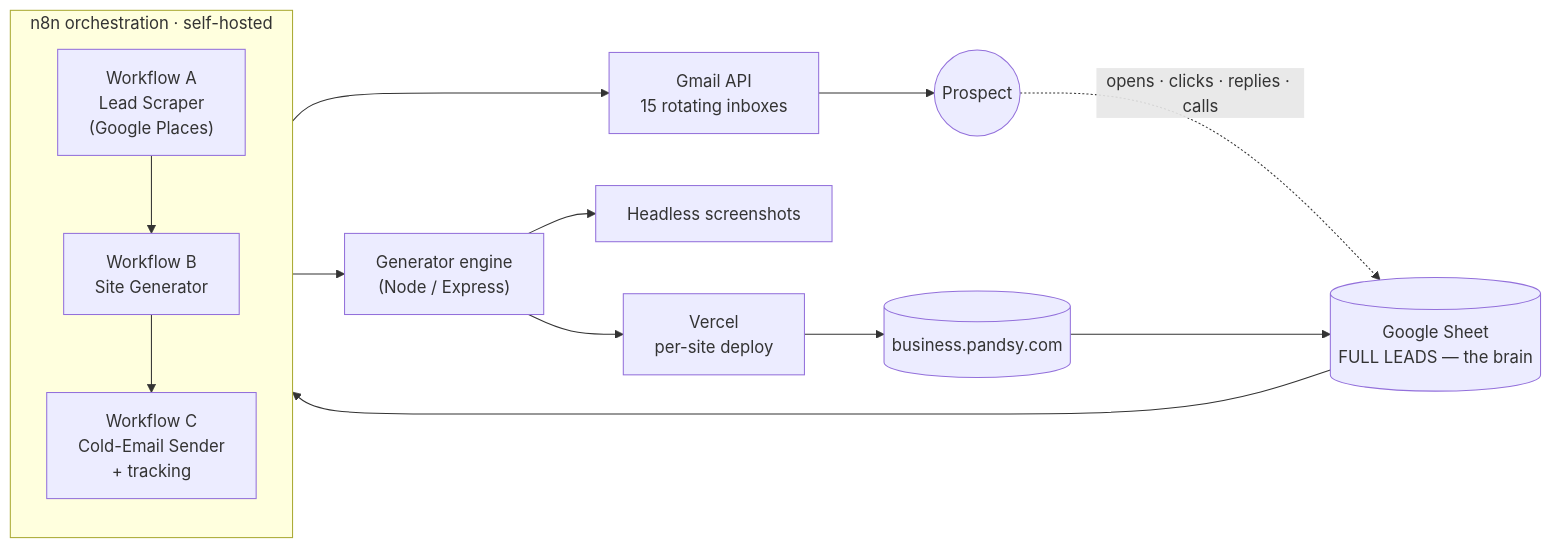
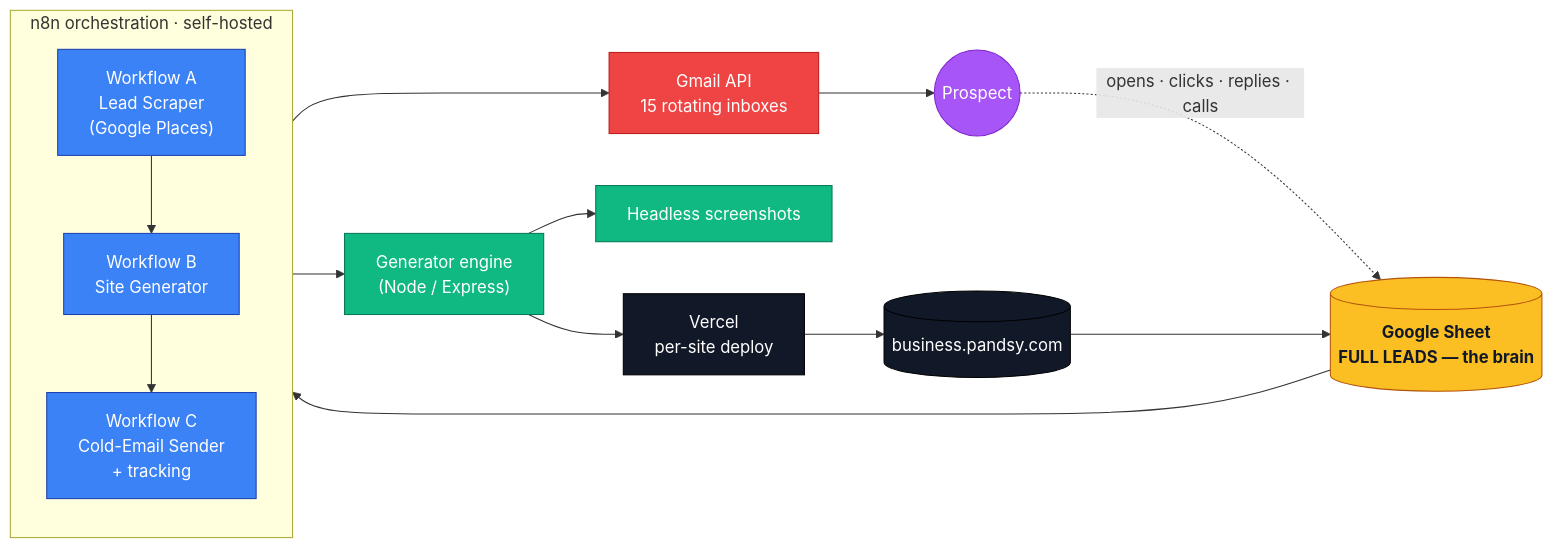
Before and after one commit to LESA3W/Pandsy: the diagram in README.md, drawn with Mermaid. The commit also changed other lines of this file and 6 other files, not shown here.

Commit message:
docs: dark workflow canvases, grid-only sheet captures, Pandsy banner hero, colored flowchart

````diff
--- a/README.md
+++ b/README.md
@@ -28,22 +30,35 @@
 ```mermaid
 flowchart LR
     SHEET[("Google Sheet<br/>FULL LEADS — the brain")]
 
     subgraph n8n [n8n orchestration · self-hosted]
       direction TB
       A["Workflow A<br/>Lead Scraper<br/>(Google Places)"]
       B["Workflow B<br/>Site Generator"]
       C["Workflow C<br/>Cold-Email Sender<br/>+ tracking"]
       A --> B --> C
     end
 
     SHEET --> A
     B --> GEN["Generator engine<br/>(Node / Express)"]
     GEN --> VERCEL["Vercel<br/>per-site deploy"]
     GEN --> SHOT["Headless screenshots"]
     VERCEL --> SITE[("business.pandsy.com")]
     C --> GMAIL["Gmail API<br/>15 rotating inboxes"]
     GMAIL --> PROSPECT(("Prospect"))
     PROSPECT -. opens · clicks · replies · calls .-> SHEET
     SITE --> SHEET
+
+    classDef sheet fill:#fbbf24,stroke:#b45309,color:#111827,font-weight:bold;
+    classDef wf fill:#3b82f6,stroke:#1e40af,color:#ffffff;
+    classDef gen fill:#10b981,stroke:#047857,color:#ffffff;
+    classDef host fill:#111827,stroke:#000000,color:#ffffff;
+    classDef mail fill:#ef4444,stroke:#b91c1c,color:#ffffff;
+    classDef prospect fill:#a855f7,stroke:#7e22ce,color:#ffffff;
+    class SHEET sheet;
+    class A,B,C wf;
+    class GEN,SHOT gen;
+    class VERCEL,SITE host;
+    class GMAIL mail;
+    class PROSPECT prospect;
 ```
````
